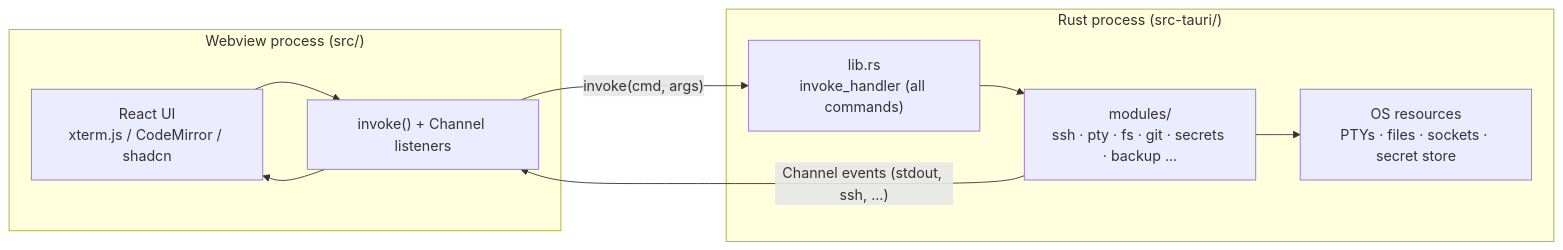
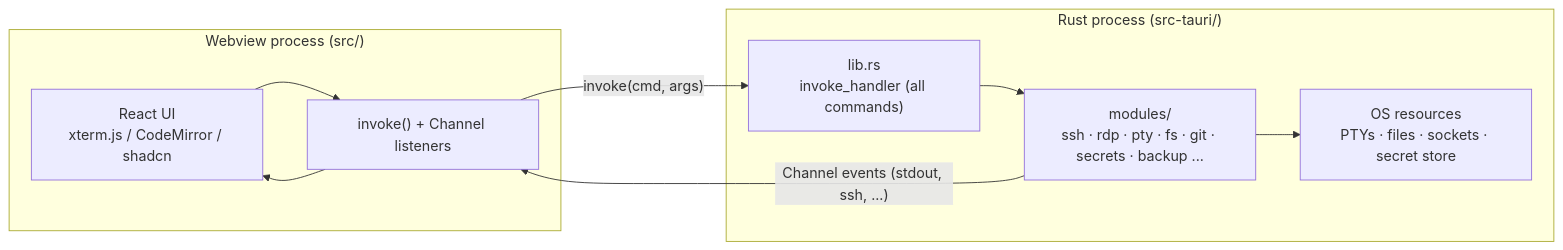
Before and after one commit to rendyuwu/tervia: the diagram in ARCHITECTURE.md, drawn with Mermaid. The commit also changed other lines of this file and 193 other files, not shown here.

````diff
--- a/ARCHITECTURE.md
+++ b/ARCHITECTURE.md
@@ -38,18 +38,18 @@
 ```mermaid
 flowchart LR
   subgraph Webview["Webview process (src/)"]
     UI["React UI<br/>xterm.js / CodeMirror / shadcn"]
     Bridge["invoke() + Channel listeners"]
   end
   subgraph Rust["Rust process (src-tauri/)"]
     Hub["lib.rs<br/>invoke_handler (all commands)"]
-    Mods["modules/<br/>ssh · pty · fs · git · secrets · backup ..."]
+    Mods["modules/<br/>ssh · rdp · pty · fs · git · secrets · backup ..."]
     OS["OS resources<br/>PTYs · files · sockets · secret store"]
   end
   UI --> Bridge
   Bridge -- "invoke(cmd, args)" --> Hub
   Hub --> Mods
   Mods --> OS
   Mods -- "Channel events (stdout, ssh, ...)" --> Bridge
   Bridge --> UI
 ```
````
